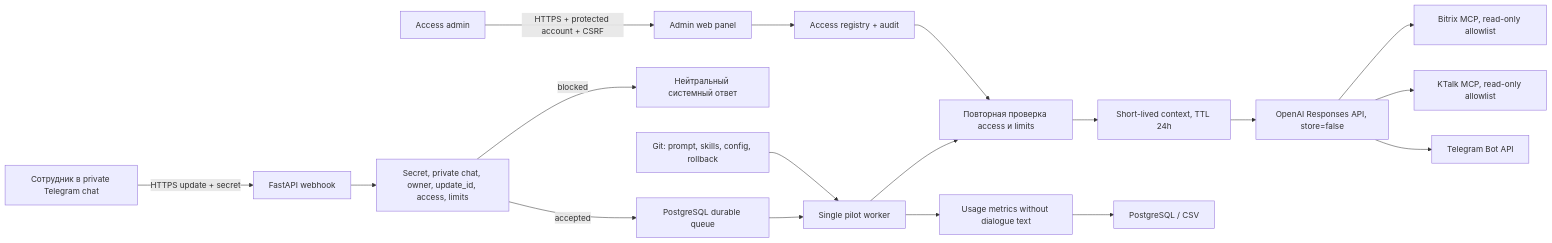
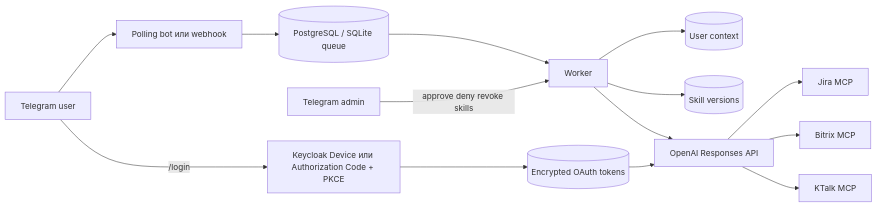
The diagram in docs/technical-solution.md (SayAMSTASI/modus-sales-ai-bot), drawn with Mermaid before and after one commit. The commit also changed other lines of this file and 32 other files, not shown here.

Commit message:
Implement Telegram pilot OAuth and admin flows

````diff
--- a/docs/technical-solution.md
+++ b/docs/technical-solution.md
@@ -7,20 +7,16 @@
 ```mermaid
 flowchart LR
-    U["Сотрудник в private Telegram chat"] -->|HTTPS update + secret| W["FastAPI webhook"]
-    W --> V["Secret, private chat, owner, update_id, access, limits"]
-    V -->|accepted| Q["PostgreSQL durable queue"]
-    V -->|blocked| N["Нейтральный системный ответ"]
-    Q --> R["Single pilot worker"]
-    R --> A["Повторная проверка access и limits"]
-    A --> C["Short-lived context, TTL 24h"]
-    C --> O["OpenAI Responses API, store=false"]
-    O --> B["Bitrix MCP, read-only allowlist"]
-    O --> K["KTalk MCP, read-only allowlist"]
-    O --> T["Telegram Bot API"]
-    R --> M["Usage metrics without dialogue text"]
-    M --> D["PostgreSQL / CSV"]
-    X["Access admin"] -->|HTTPS + protected account + CSRF| P["Admin web panel"]
-    P --> ADB["Access registry + audit"]
-    ADB --> A
-    GIT["Git: prompt, skills, config, rollback"] --> R
+    U[Telegram user] --> T[Polling bot или webhook]
+    T --> Q[(PostgreSQL / SQLite queue)]
+    Q --> W[Worker]
+    W --> C[(User context)]
+    W --> S[(Skill versions)]
+    W --> O[OpenAI Responses API]
+    U -->|/login| K[Keycloak Device или Authorization Code + PKCE]
+    K --> E[(Encrypted OAuth tokens)]
+    E --> O
+    O --> J[Jira MCP]
+    O --> B[Bitrix MCP]
+    O --> KT[KTalk MCP]
+    A[Telegram admin] -->|approve deny revoke skills| W
 ```
````
